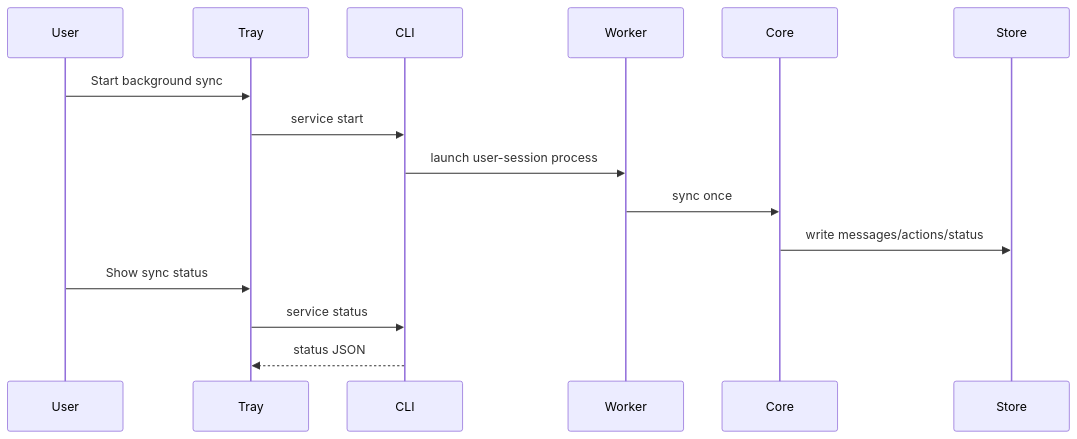
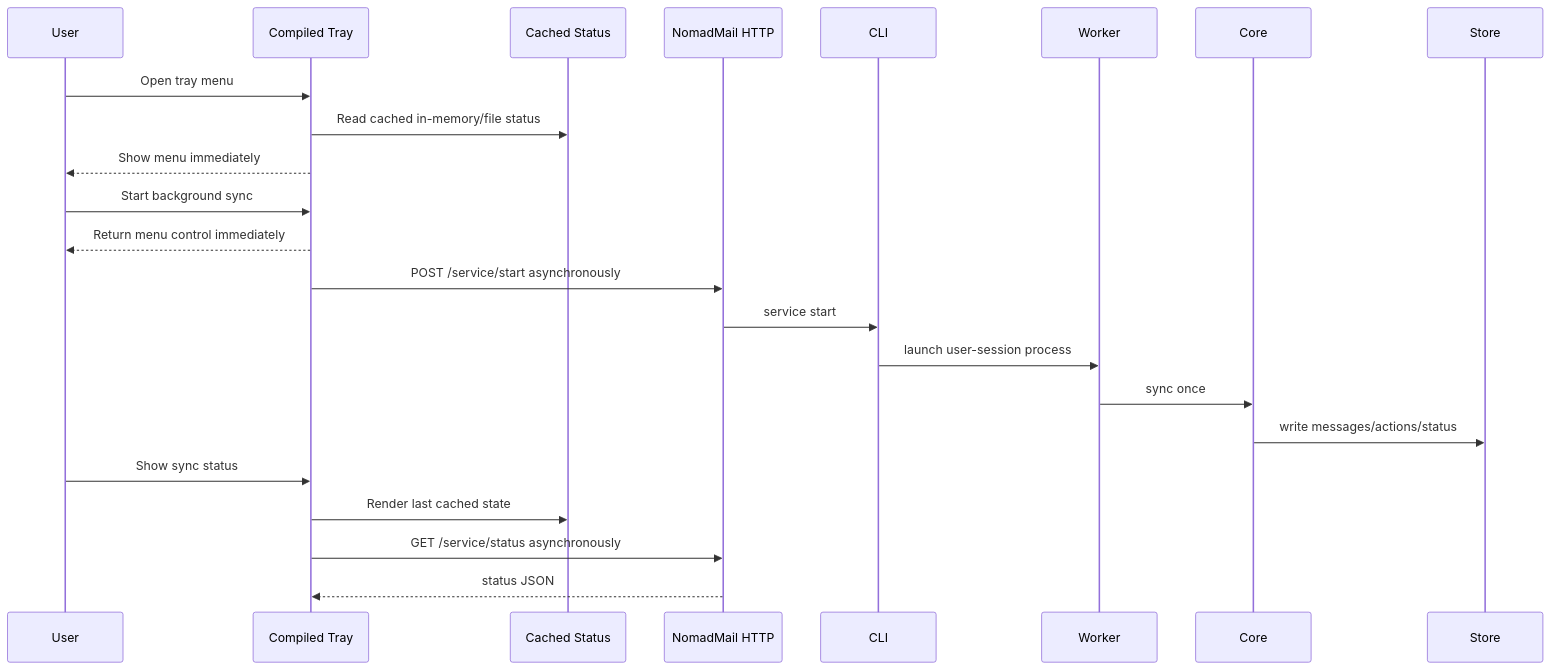
Before and after one commit to Prathyush-KKK/NomadMail: the fifth of 5 diagrams in docs/c4/03-dynamic-flows.md, drawn with Mermaid. The commit also changed 53 other files, not shown here.

Commit message:
Add compiled NomadInbox tray client

````diff
--- a/docs/c4/03-dynamic-flows.md
+++ b/docs/c4/03-dynamic-flows.md
@@ -94,18 +94,26 @@
 ```mermaid
 sequenceDiagram
     participant User
-    participant Tray
+    participant Tray as Compiled Tray
+    participant Cache as Cached Status
+    participant HTTP as NomadMail HTTP
     participant CLI
     participant Worker
     participant Core
     participant Store
 
+    User->>Tray: Open tray menu
+    Tray->>Cache: Read cached in-memory/file status
+    Tray-->>User: Show menu immediately
     User->>Tray: Start background sync
-    Tray->>CLI: service start
+    Tray-->>User: Return menu control immediately
+    Tray->>HTTP: POST /service/start asynchronously
+    HTTP->>CLI: service start
     CLI->>Worker: launch user-session process
     Worker->>Core: sync once
     Core->>Store: write messages/actions/status
     User->>Tray: Show sync status
-    Tray->>CLI: service status
-    CLI-->>Tray: status JSON
+    Tray->>Cache: Render last cached state
+    Tray->>HTTP: GET /service/status asynchronously
+    HTTP-->>Tray: status JSON
 ```
````
